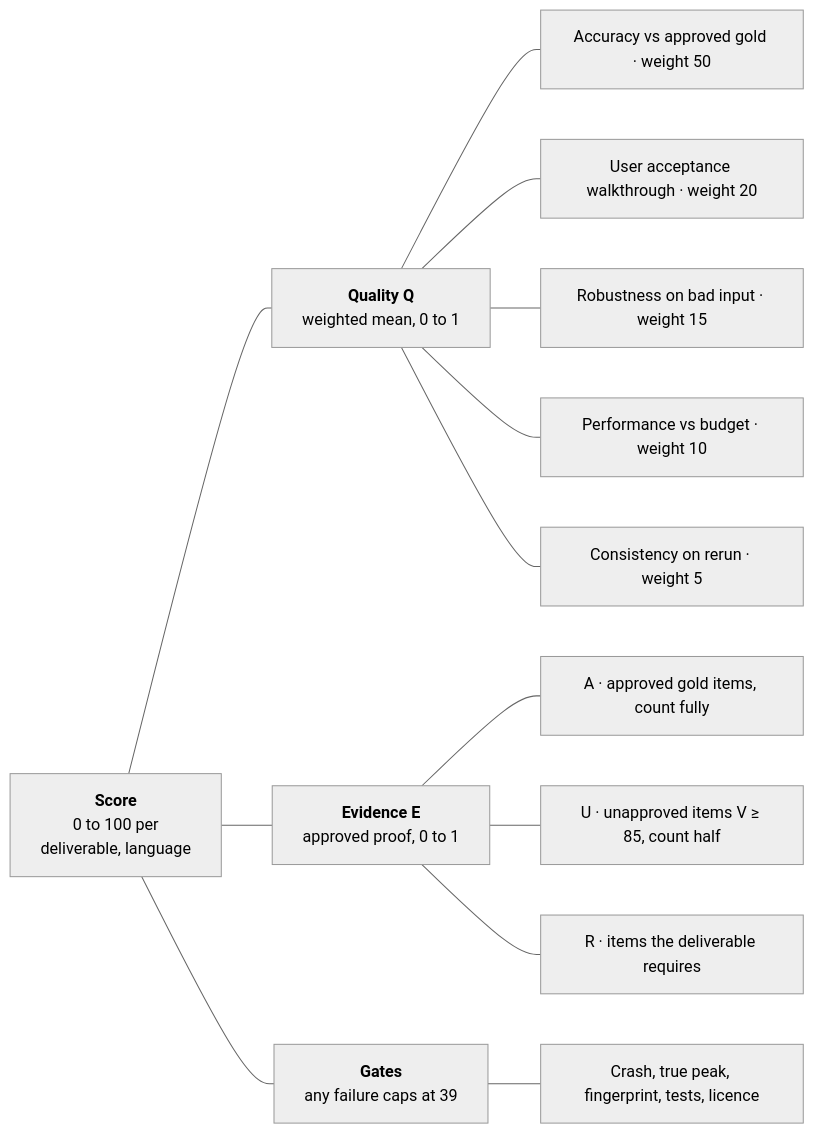
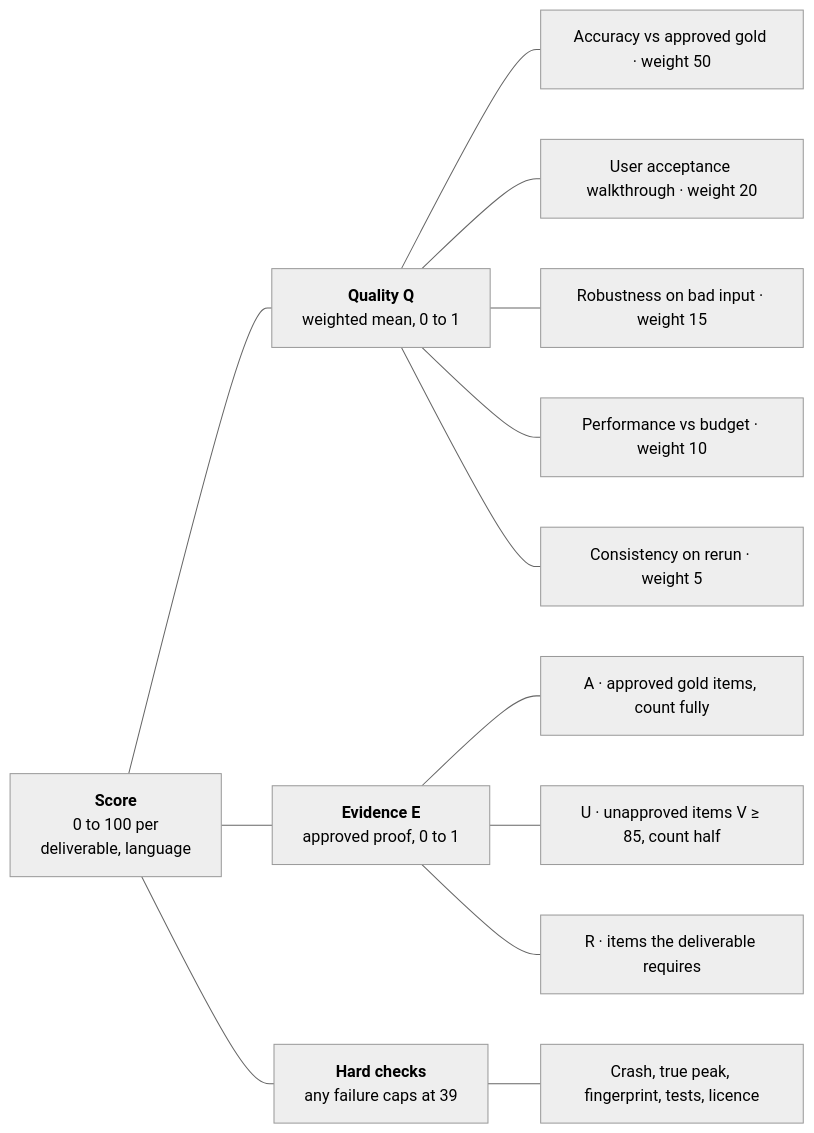
The diagram in docs/plan/scorecard.md (Kausiukas/music_engineering), drawn with Mermaid (neutral theme) before and after one commit. The commit also changed other lines of this file and 9 other files, not shown here.

````diff
--- a/docs/plan/scorecard.md
+++ b/docs/plan/scorecard.md
@@ -11,16 +11,16 @@
 ```mermaid
 flowchart LR
     S["<b>Score</b><br/>0 to 100 per<br/>deliverable, language"]
     S --- Q["<b>Quality Q</b><br/>weighted mean, 0 to 1"]
     S --- E["<b>Evidence E</b><br/>approved proof, 0 to 1"]
-    S --- G["<b>Gates</b><br/>any failure caps at 39"]
+    S --- G["<b>Hard checks</b><br/>any failure caps at 39"]
     Q --- Q1["Accuracy vs approved gold · weight 50"]
     Q --- Q2["User acceptance walkthrough · weight 20"]
     Q --- Q3["Robustness on bad input · weight 15"]
     Q --- Q4["Performance vs budget · weight 10"]
     Q --- Q5["Consistency on rerun · weight 5"]
     E --- E1["A · approved gold items, count fully"]
     E --- E2["U · unapproved items V ≥ 85, count half"]
     E --- E3["R · items the deliverable requires"]
     G --- G1["Crash, true peak, fingerprint, tests, licence"]
 ```
````
